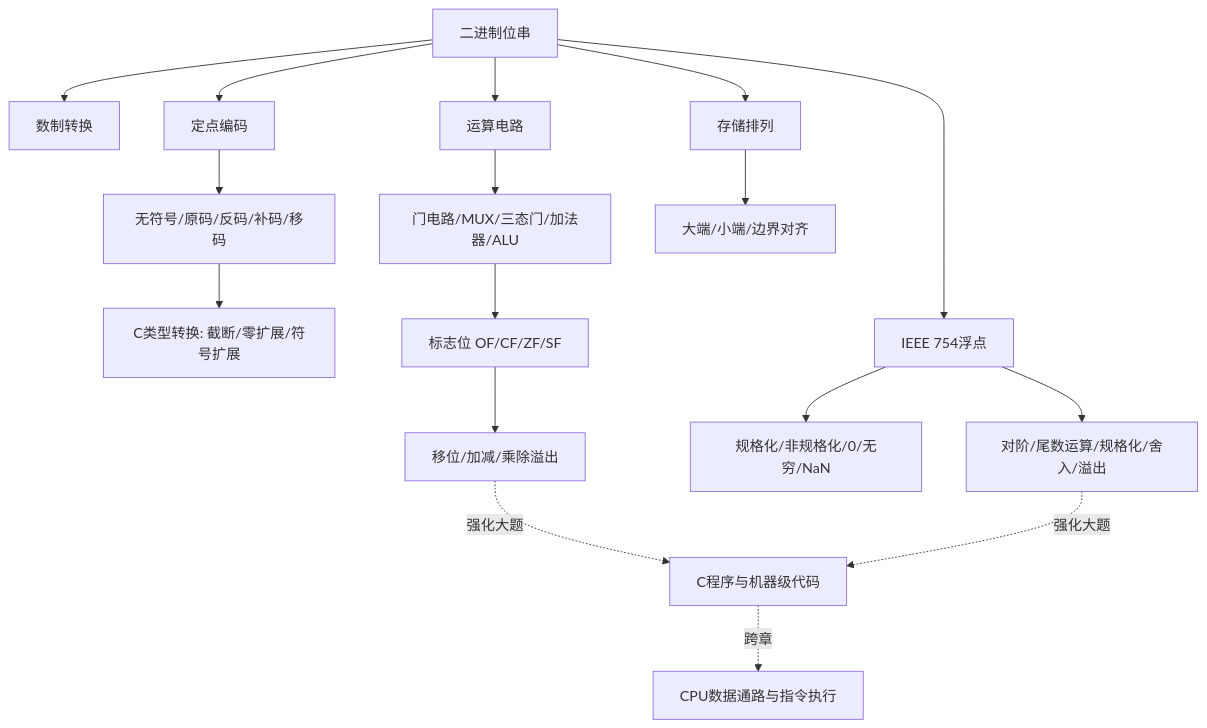
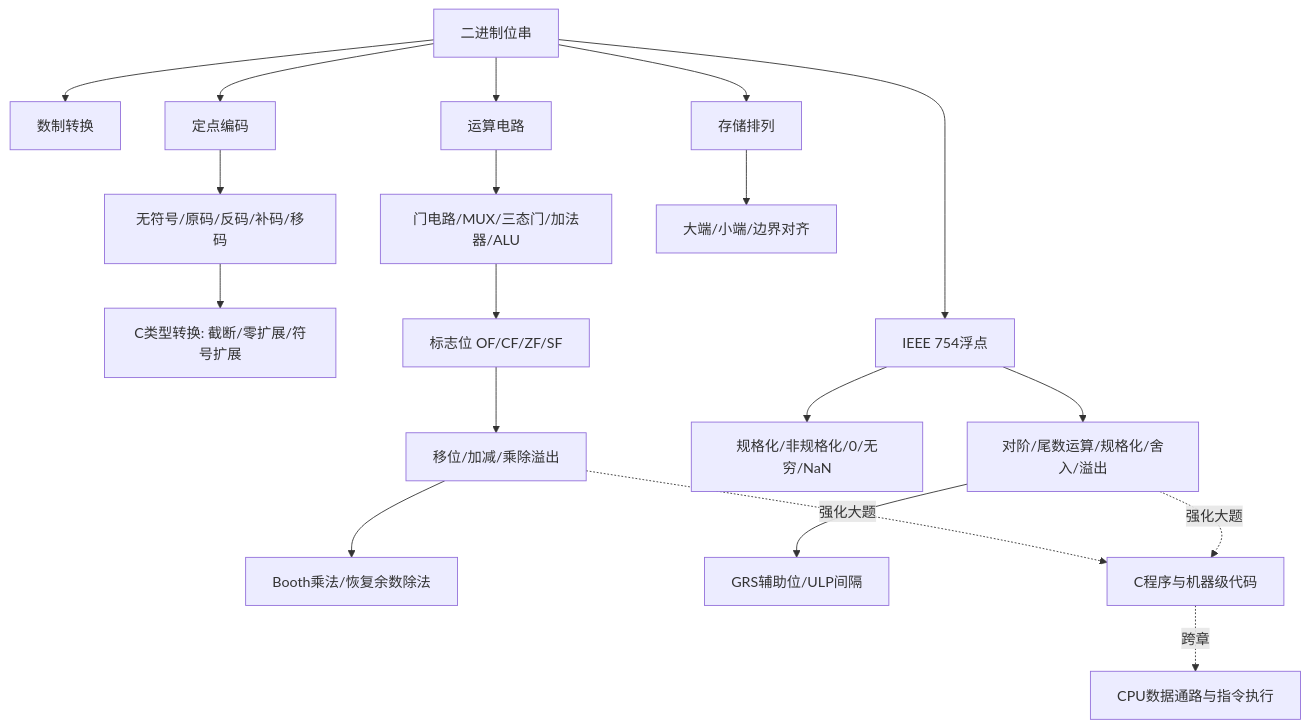
Before and after one commit to Cthaat/Obsidian: the diagram in 408/408考研笔记/计算机组成原理/02-数据的表示和运算.md, drawn with Mermaid. The commit also changed other lines of this file and 129 other files, not shown here.

````diff
--- a/408/408考研笔记/计算机组成原理/02-数据的表示和运算.md
+++ b/408/408考研笔记/计算机组成原理/02-数据的表示和运算.md
@@ -32,19 +33,21 @@
 ```mermaid
 graph TD
   A[二进制位串] --> B[数制转换]
   A --> C[定点编码]
   C --> C1[无符号/原码/反码/补码/移码]
   C1 --> C2[C类型转换: 截断/零扩展/符号扩展]
   A --> D[运算电路]
   D --> D1[门电路/MUX/三态门/加法器/ALU]
   D1 --> D2[标志位 OF/CF/ZF/SF]
   D2 --> D3[移位/加减/乘除溢出]
+  D3 --> D4[Booth乘法/恢复余数除法]
   A --> E[IEEE 754浮点]
   E --> E1[规格化/非规格化/0/无穷/NaN]
   E --> E2[对阶/尾数运算/规格化/舍入/溢出]
+  E2 --> E3[GRS辅助位/ULP间隔]
   A --> F[存储排列]
   F --> F1[大端/小端/边界对齐]
   D3 -. 强化大题 .-> G[C程序与机器级代码]
   E2 -. 强化大题 .-> G
   G -. 跨章 .-> H[CPU数据通路与指令执行]
 ```
````
